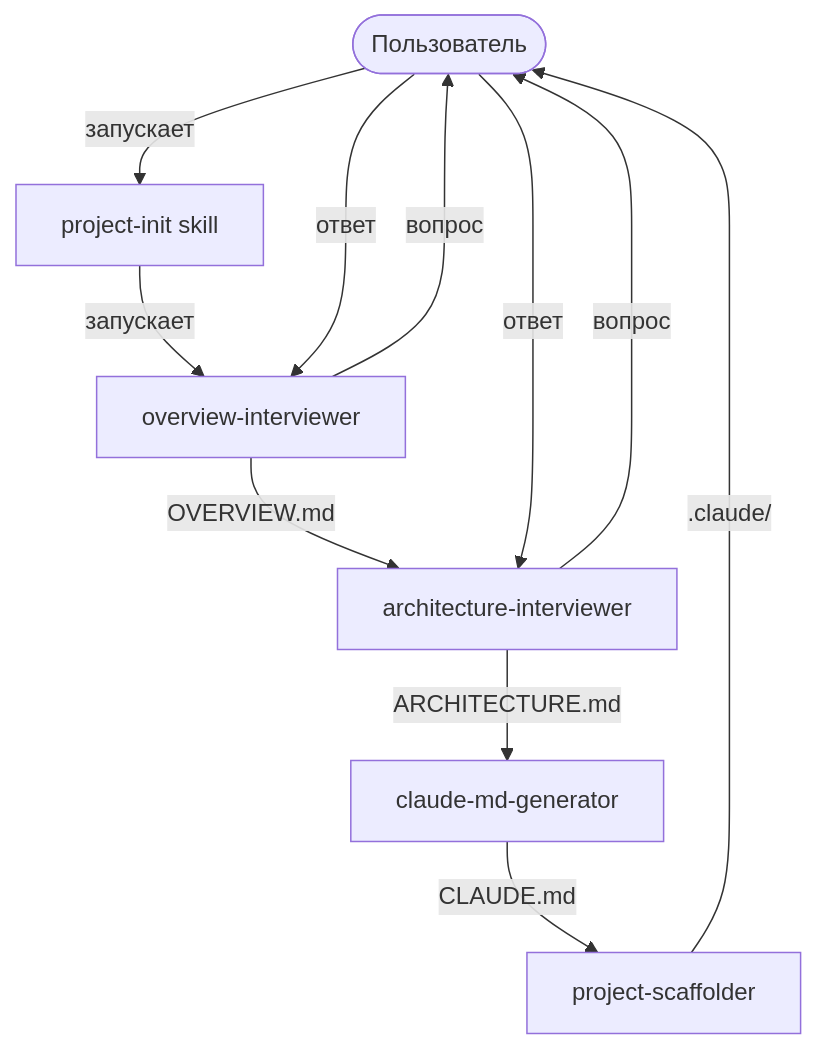
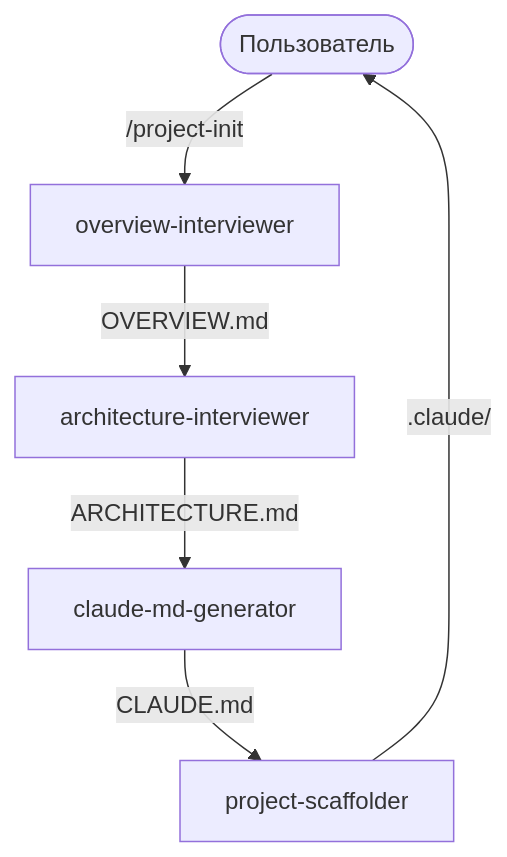
The first of 2 diagrams in ARCHITECTURE.md (Dmatryus/dm-cc-assistant), drawn with Mermaid before and after one commit. The commit also changed other lines of this file and 25 other files, not shown here.

````diff
--- a/ARCHITECTURE.md
+++ b/ARCHITECTURE.md
@@ -70,13 +85,8 @@
 ```mermaid
 flowchart TD
-    User([Пользователь]) -->|запускает| Init[project-init skill]
-    Init -->|запускает| OI[overview-interviewer]
-    OI -->|вопрос| User
-    User -->|ответ| OI
+    User([Пользователь]) -->|/project-init| OI[overview-interviewer]
     OI -->|OVERVIEW.md| AI[architecture-interviewer]
-    AI -->|вопрос| User
-    User -->|ответ| AI
     AI -->|ARCHITECTURE.md| CG[claude-md-generator]
     CG -->|CLAUDE.md| PS[project-scaffolder]
     PS -->|.claude/| User
 ```
````
